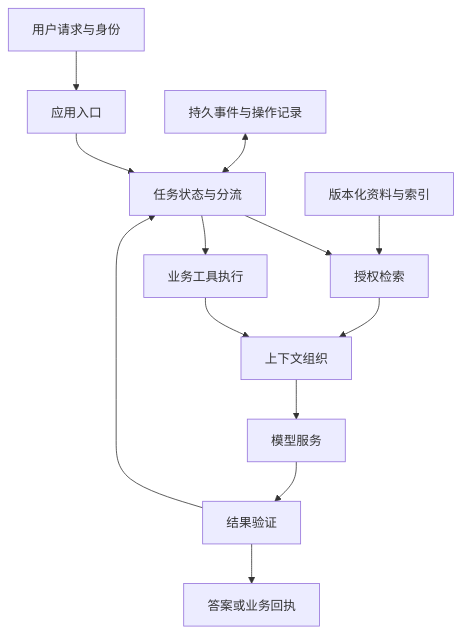
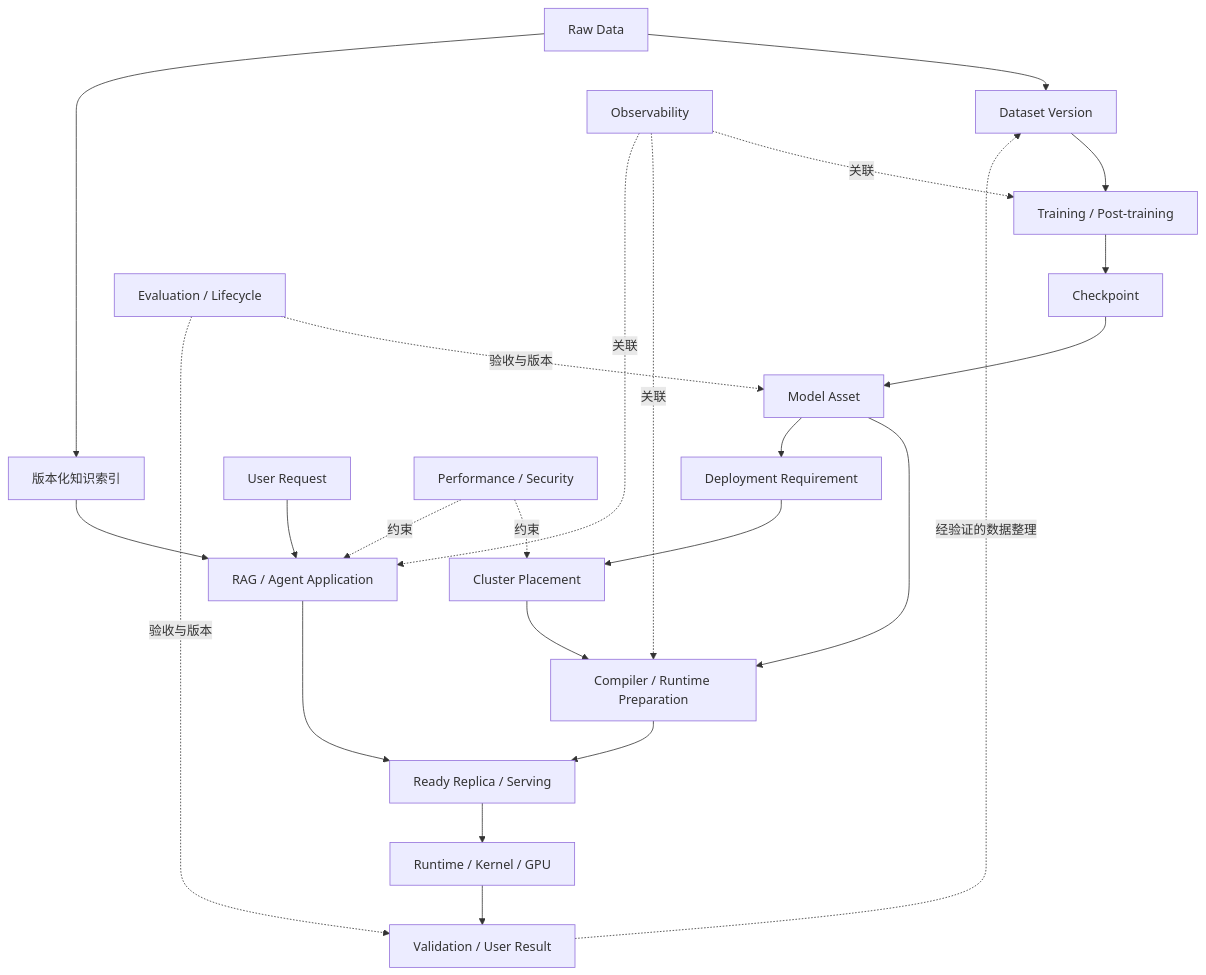
The first of 2 diagrams in docs/14-end-to-end-case.md (miauyle/ai-systems-architecture-guide), drawn with Mermaid before and after one commit. The commit also changed other lines of this file and 11 other files, not shown here.

````diff
--- a/docs/14-end-to-end-case.md
+++ b/docs/14-end-to-end-case.md
@@ -27,15 +11,26 @@
 ```mermaid
 flowchart TB
-    U[用户请求与身份] --> A[应用入口]
-    A --> C[任务状态与分流]
-    C --> R[授权检索]
-    D[版本化资料与索引] --> R
-    C --> T[业务工具执行]
-    R --> P[上下文组织]
-    T --> P
-    P --> S[模型服务]
-    S --> V[结果验证]
-    V --> C
-    V --> O[答案或业务回执]
-    H[持久事件与操作记录] <--> C
+    D[Raw Data] --> DS[Dataset Version]
+    DS --> T[Training / Post-training]
+    T --> C[Checkpoint]
+    C --> M[Model Asset]
+    M --> E[Compiler / Runtime Preparation]
+    M --> W[Deployment Requirement]
+    W --> P[Cluster Placement]
+    P --> E
+    E --> R[Ready Replica / Serving]
+    D --> I[版本化知识索引]
+    I --> A[RAG / Agent Application]
+    U[User Request] --> A
+    A --> R
+    R --> K[Runtime / Kernel / GPU]
+    K --> V[Validation / User Result]
+    V -. 经验证的数据整理 .-> DS
+    O[Observability] -. 关联 .-> T
+    O -. 关联 .-> E
+    O -. 关联 .-> A
+    X[Performance / Security] -. 约束 .-> P
+    X -. 约束 .-> A
+    L[Evaluation / Lifecycle] -. 验收与版本 .-> M
+    L -. 验收与版本 .-> V
 ```
````
